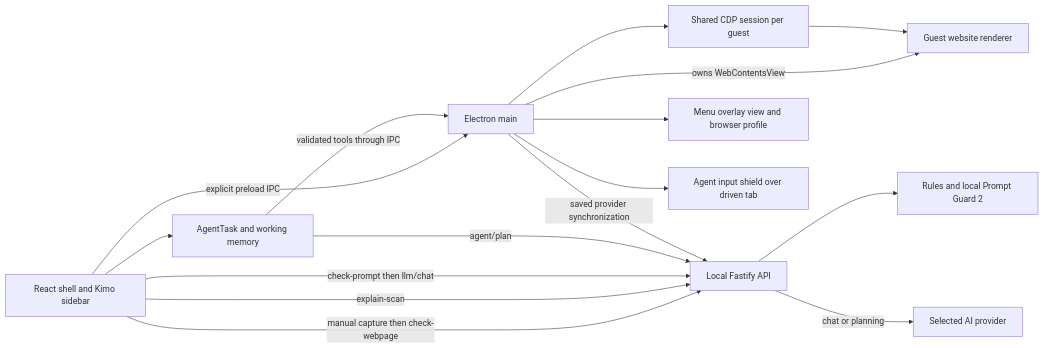
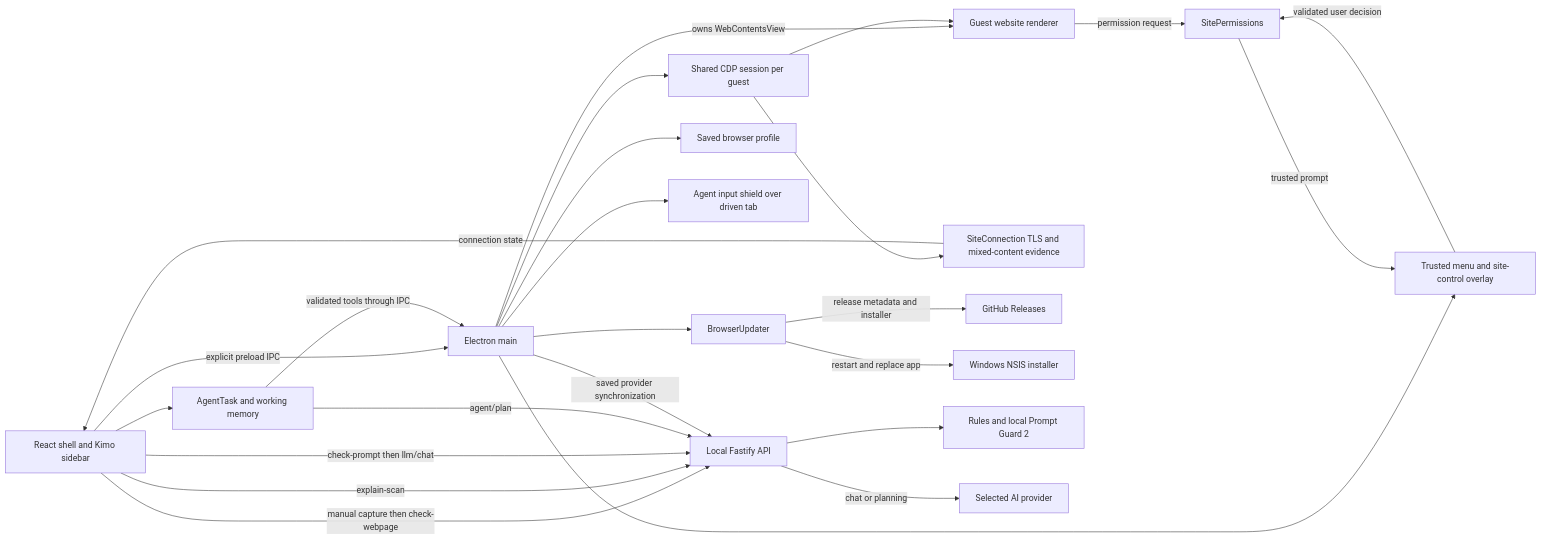
Before and after one commit to Salmantahir002/Orbit-AI-browser: the diagram in ARCHITECTURE.md, drawn with Mermaid. The commit also changed other lines of this file and 61 other files, not shown here.

````diff
--- a/ARCHITECTURE.md
+++ b/ARCHITECTURE.md
@@ -29,18 +33,27 @@
 ```mermaid
 flowchart LR
   UI[React shell and Kimo sidebar] -->|explicit preload IPC| MAIN[Electron main]
   MAIN -->|owns WebContentsView| PAGE[Guest website renderer]
   MAIN --> CDP[Shared CDP session per guest]
   CDP --> PAGE
   UI -->|manual capture then check-webpage| API[Local Fastify API]
   UI -->|explain-scan| API
-  MAIN --> OVERLAY[Menu overlay view and browser profile]
+  MAIN --> OVERLAY[Trusted menu and site-control overlay]
+  MAIN --> PROFILE[Saved browser profile]
+  PAGE -->|permission request| PERMISSIONS[SitePermissions]
+  PERMISSIONS -->|trusted prompt| OVERLAY
+  OVERLAY -->|validated user decision| PERMISSIONS
+  CDP --> CONNECTION[SiteConnection TLS and mixed-content evidence]
+  CONNECTION -->|connection state| UI
   MAIN --> SHIELD[Agent input shield over driven tab]
   UI -->|check-prompt then llm/chat| API
   LOOP[AgentTask and working memory] -->|agent/plan| API
   UI --> LOOP
   LOOP -->|validated tools through IPC| MAIN
   MAIN -->|saved provider synchronization| API
+  MAIN --> UPDATE[BrowserUpdater]
+  UPDATE -->|release metadata and installer| RELEASE[GitHub Releases]
+  UPDATE -->|restart and replace app| SETUP[Windows NSIS installer]
   API --> DETECT[Rules and local Prompt Guard 2]
   API -->|chat or planning| LLM[Selected AI provider]
 ```
````
